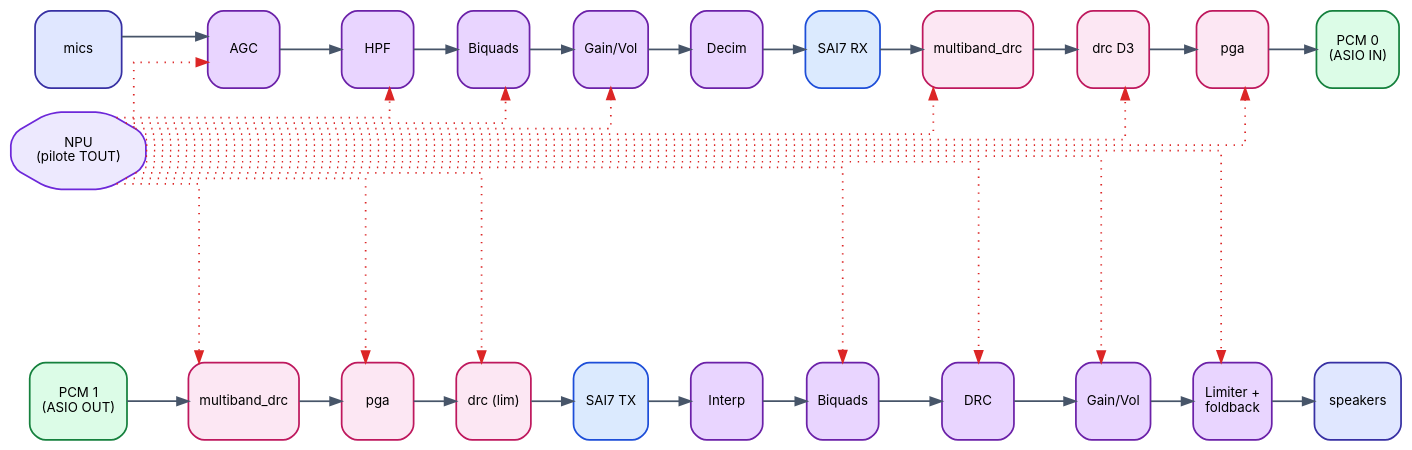
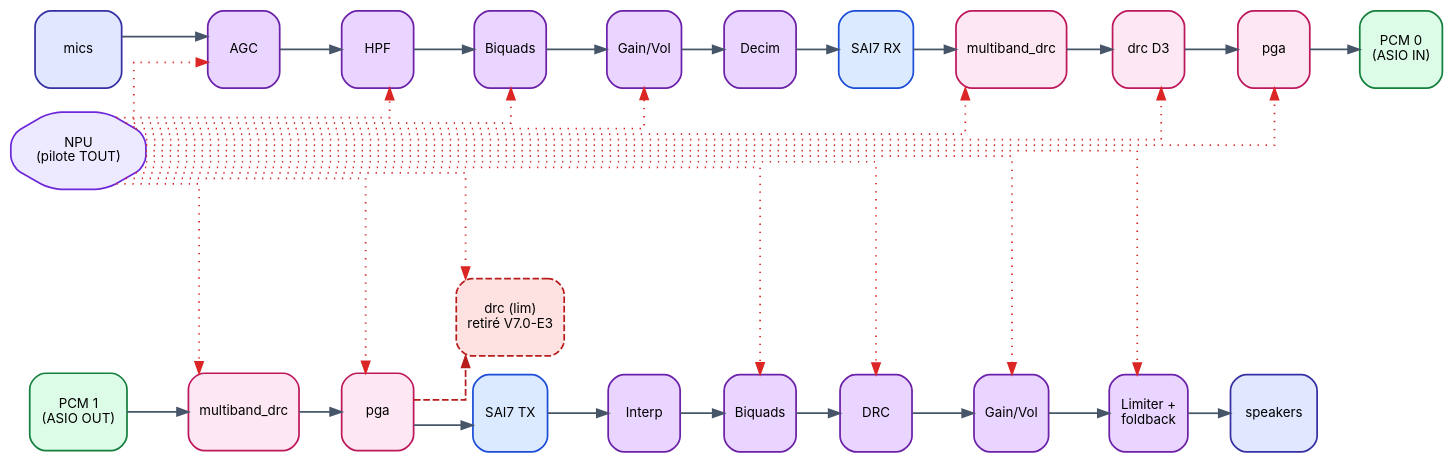
Before and after one commit to Mjxkill/yocto-nxp-debix: the diagram in ARCHI/V7.0_assets/effects_chain.dot, drawn with Graphviz. The commit also changed 8 other files, not shown here.

```diff
--- a/ARCHI/V7.0_assets/effects_chain.dot
+++ b/ARCHI/V7.0_assets/effects_chain.dot
@@ -1,55 +1,56 @@
 digraph effectschain {
   rankdir=LR
   graph [bgcolor=transparent fontname="Inter" pad=0.3 nodesep=0.2 ranksep=0.45 splines=ortho]
   node [fontname="Inter" fontsize=10 shape=box style="rounded,filled" color="#334155" penwidth=1.3 height=0.8]
   edge [color="#475569" penwidth=1.3 arrowsize=0.85]
 
   // CAP path
   mics    [label="mics" fillcolor="#e0e7ff" color="#3730a3" width=0.9]
   c_agc   [label="AGC" fillcolor="#e9d5ff" color="#6b21a8"]
   c_hpf   [label="HPF" fillcolor="#e9d5ff" color="#6b21a8"]
   c_bq    [label="Biquads" fillcolor="#e9d5ff" color="#6b21a8"]
   c_gn    [label="Gain/Vol" fillcolor="#e9d5ff" color="#6b21a8"]
   c_dec   [label="Decim" fillcolor="#e9d5ff" color="#6b21a8"]
   sairx   [label="SAI7 RX" fillcolor="#dbeafe" color="#1d4ed8"]
   c_mb    [label="multiband_drc" fillcolor="#fce7f3" color="#be185d"]
   c_drc   [label="drc D3" fillcolor="#fce7f3" color="#be185d"]
   c_pga   [label="pga" fillcolor="#fce7f3" color="#be185d"]
   pcm0    [label="PCM 0\n(ASIO IN)" fillcolor="#dcfce7" color="#15803d"]
 
   mics -> c_agc -> c_hpf -> c_bq -> c_gn -> c_dec -> sairx -> c_mb -> c_drc -> c_pga -> pcm0
 
   // PLAY path
   pcm1    [label="PCM 1\n(ASIO OUT)" fillcolor="#dcfce7" color="#15803d"]
   p_mb    [label="multiband_drc" fillcolor="#fce7f3" color="#be185d"]
   p_pga   [label="pga" fillcolor="#fce7f3" color="#be185d"]
-  p_drc   [label="drc (lim)" fillcolor="#fce7f3" color="#be185d"]
+  p_drc   [label="drc (lim)\nretiré V7.0-E3" fillcolor="#fee2e2" color="#b91c1c" style="rounded,filled,dashed"]
   saitx   [label="SAI7 TX" fillcolor="#dbeafe" color="#1d4ed8"]
   d_int   [label="Interp" fillcolor="#e9d5ff" color="#6b21a8"]
   d_bq    [label="Biquads" fillcolor="#e9d5ff" color="#6b21a8"]
   d_drc   [label="DRC" fillcolor="#e9d5ff" color="#6b21a8"]
   d_gn    [label="Gain/Vol" fillcolor="#e9d5ff" color="#6b21a8"]
   d_lim   [label="Limiter +\nfoldback" fillcolor="#e9d5ff" color="#6b21a8"]
   spk     [label="speakers" fillcolor="#e0e7ff" color="#3730a3" width=0.9]
 
-  pcm1 -> p_mb -> p_pga -> p_drc -> saitx -> d_int -> d_bq -> d_drc -> d_gn -> d_lim -> spk
+  pcm1 -> p_mb -> p_pga -> saitx -> d_int -> d_bq -> d_drc -> d_gn -> d_lim -> spk
+  p_pga -> p_drc [style=dashed color="#b91c1c"]
 
   // NPU control
   npu [label="NPU\n(pilote TOUT)" fillcolor="#ede9fe" color="#6d28d9" shape=octagon]
 
   // dotted control edges (one per chain to keep readable)
   npu -> c_agc   [style=dotted color="#dc2626" constraint=false]
   npu -> c_hpf   [style=dotted color="#dc2626" constraint=false]
   npu -> c_bq    [style=dotted color="#dc2626" constraint=false]
   npu -> c_gn    [style=dotted color="#dc2626" constraint=false]
   npu -> c_mb    [style=dotted color="#dc2626" constraint=false]
   npu -> c_drc   [style=dotted color="#dc2626" constraint=false]
   npu -> c_pga   [style=dotted color="#dc2626" constraint=false]
   npu -> p_mb    [style=dotted color="#dc2626" constraint=false]
   npu -> p_pga   [style=dotted color="#dc2626" constraint=false]
   npu -> p_drc   [style=dotted color="#dc2626" constraint=false]
   npu -> d_bq    [style=dotted color="#dc2626" constraint=false]
   npu -> d_drc   [style=dotted color="#dc2626" constraint=false]
   npu -> d_gn    [style=dotted color="#dc2626" constraint=false]
   npu -> d_lim   [style=dotted color="#dc2626" constraint=false]
 }
```
